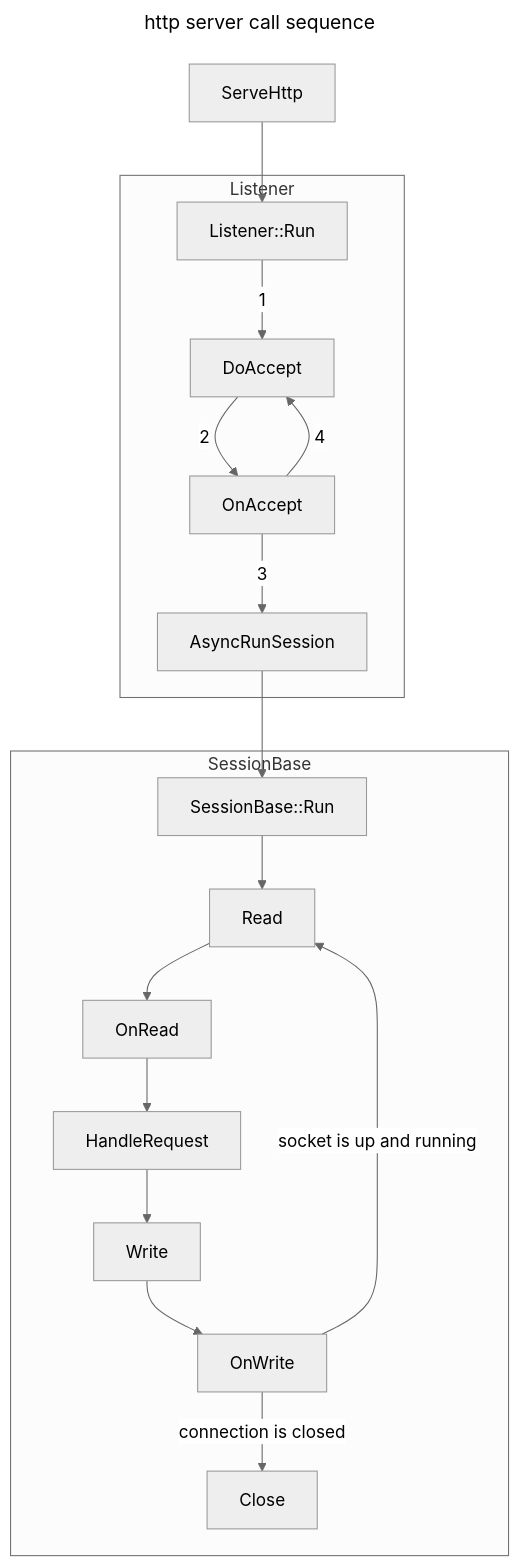
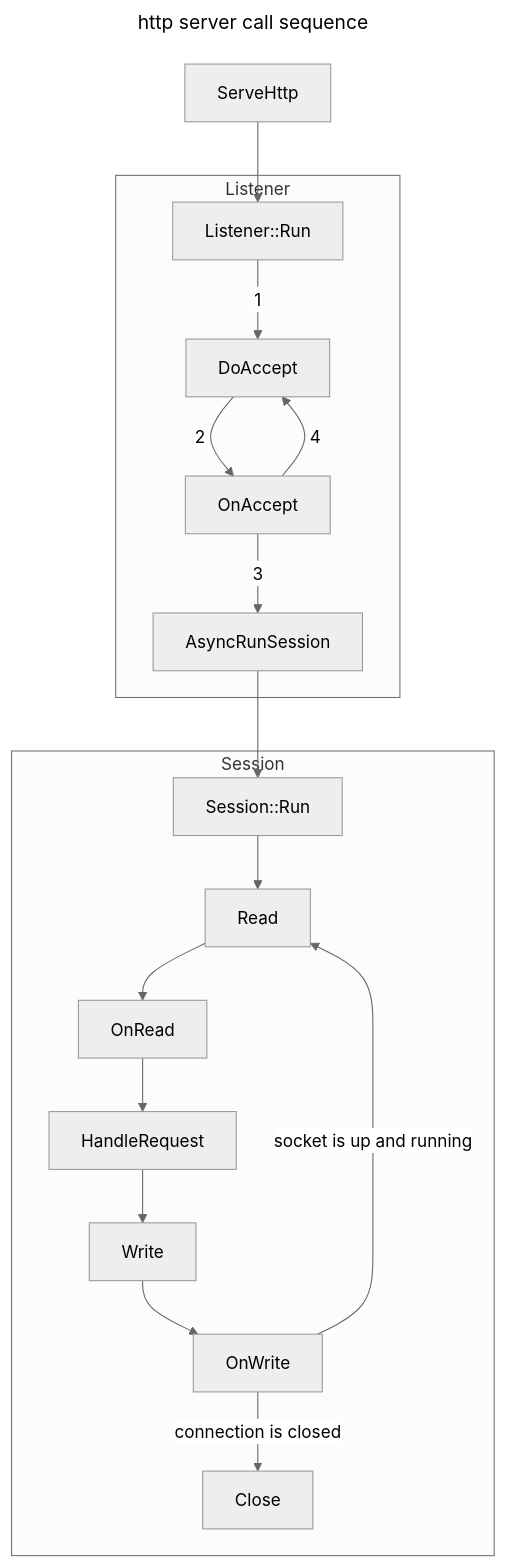
Before and after one commit to LeeDoor/game_webserver: the second of 2 diagrams in uml_diagrams.md, drawn with Mermaid (neutral theme). The commit also changed other lines of this file and 12 other files, not shown here.

````diff
--- a/uml_diagrams.md
+++ b/uml_diagrams.md
@@ -43,23 +43,23 @@
 ```mermaid
 ---
 title: http server call sequence
 ---
 flowchart TB
     ServeHttp --> Listener::Run
     subgraph Listener
         Listener::Run --1--> DoAccept
         DoAccept --2--> OnAccept
         OnAccept --3--> AsyncRunSession
         OnAccept --4--> DoAccept
     end
-    subgraph SessionBase
-        AsyncRunSession --> SessionBase::Run
-        SessionBase::Run --> Read
+    subgraph Session
+        AsyncRunSession --> Session::Run
+        Session::Run --> Read
         Read --> OnRead
         OnRead --> HandleRequest
         HandleRequest --> Write
         Write --> OnWrite
         OnWrite --connection is closed--> Close
         OnWrite --socket is up and running--> Read
     end
 ```
````
